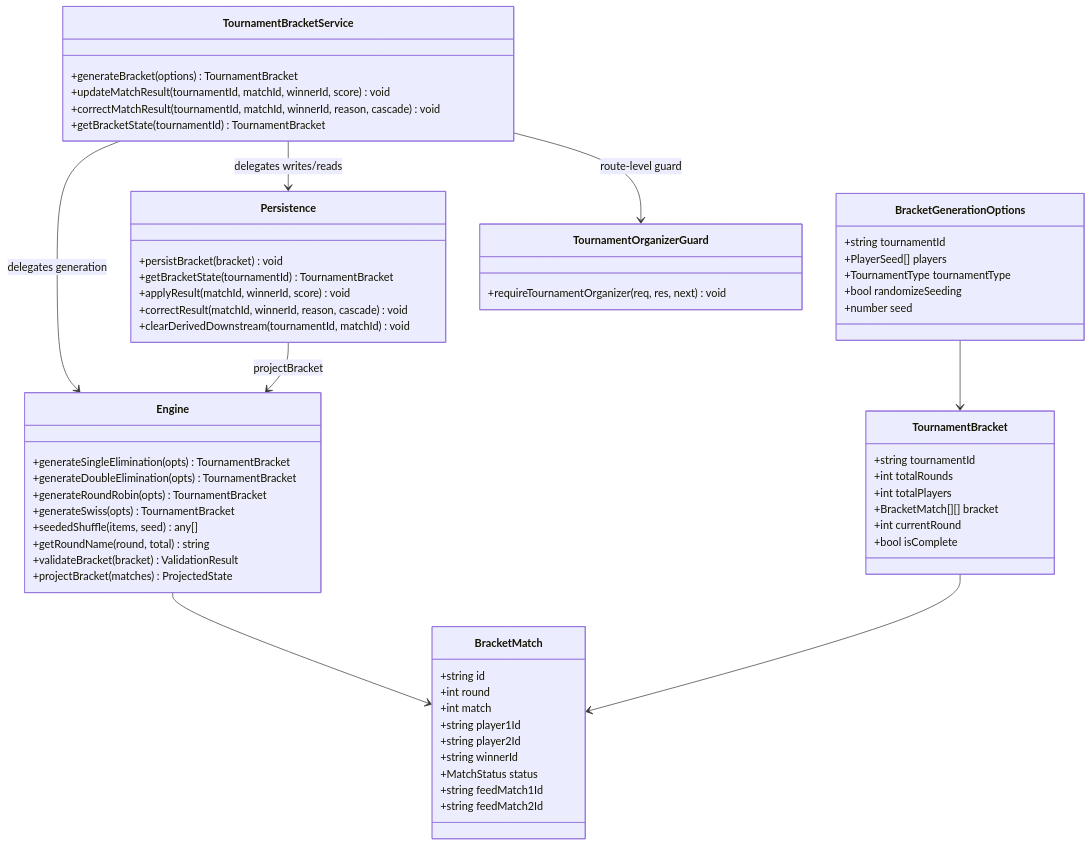
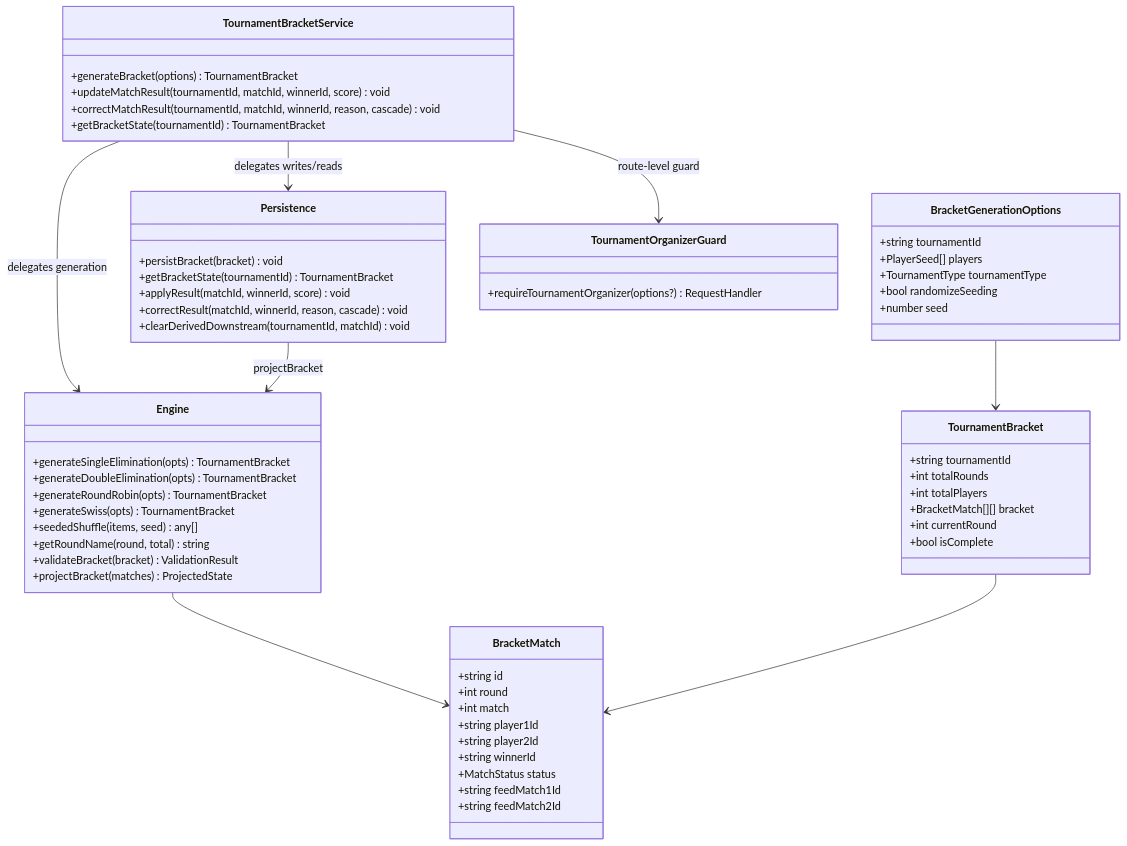
Before and after one commit to bujinwang/Rally: the diagram in docs/stories/6.7.class-diagram.mermaid, drawn with Mermaid. The commit also changed 2 other files, not shown here.

Commit message:
docs(6.7): correct requireTournamentOrganizer signature, strict rule, fail-closed matrix
- Signature is a factory: requireTournamentOrganizer(options?): RequestHandler (param defaults 'id'), not a bare RequestHandler. Fixed in design §D6, the key-signatures block, and both mermaid diagrams.
- §D6 now records the strict-vs-permissive decision: with a JWT, authorize solely by userId===organizerUserId and never consult the carried deviceId; organizerDeviceId matches only when source==='device'. Rationale: avoid the impersonation hole flagged by identityPrecedence.
- §D6 adds the explicit fail-closed matrix (missing param 400 / not found 404 / anonymous 403 / both columns null 403 / Prisma throws 500 — next() not called).
- Marked tournamentPermissions.ts as landed (commit 5823a44).

```diff
--- a/docs/stories/6.7.class-diagram.mermaid
+++ b/docs/stories/6.7.class-diagram.mermaid
@@ -1,61 +1,61 @@
 classDiagram
     class BracketMatch {
       +string id
       +int round
       +int match
       +string player1Id
       +string player2Id
       +string winnerId
       +MatchStatus status
       +string feedMatch1Id
       +string feedMatch2Id
     }
     class TournamentBracket {
       +string tournamentId
       +int totalRounds
       +int totalPlayers
       +BracketMatch[][] bracket
       +int currentRound
       +bool isComplete
     }
     class BracketGenerationOptions {
       +string tournamentId
       +PlayerSeed[] players
       +TournamentType tournamentType
       +bool randomizeSeeding
       +number seed
     }
     class Engine {
       +generateSingleElimination(opts) TournamentBracket
       +generateDoubleElimination(opts) TournamentBracket
       +generateRoundRobin(opts) TournamentBracket
       +generateSwiss(opts) TournamentBracket
       +seededShuffle(items, seed) any[]
       +getRoundName(round, total) string
       +validateBracket(bracket) ValidationResult
       +projectBracket(matches) ProjectedState
     }
     class Persistence {
       +persistBracket(bracket) void
       +getBracketState(tournamentId) TournamentBracket
       +applyResult(matchId, winnerId, score) void
       +correctResult(matchId, winnerId, reason, cascade) void
       +clearDerivedDownstream(tournamentId, matchId) void
     }
     class TournamentBracketService {
       +generateBracket(options) TournamentBracket
       +updateMatchResult(tournamentId, matchId, winnerId, score) void
       +correctMatchResult(tournamentId, matchId, winnerId, reason, cascade) void
       +getBracketState(tournamentId) TournamentBracket
     }
     class TournamentOrganizerGuard {
-      +requireTournamentOrganizer(req, res, next) void
+      +requireTournamentOrganizer(options?) RequestHandler
     }
 
     TournamentBracketService --> Engine : delegates generation
     TournamentBracketService --> Persistence : delegates writes/reads
     Persistence --> Engine : projectBracket
     TournamentBracketService --> TournamentOrganizerGuard : route-level guard
     BracketGenerationOptions --> TournamentBracket
     Engine --> BracketMatch
     TournamentBracket --> BracketMatch
```
